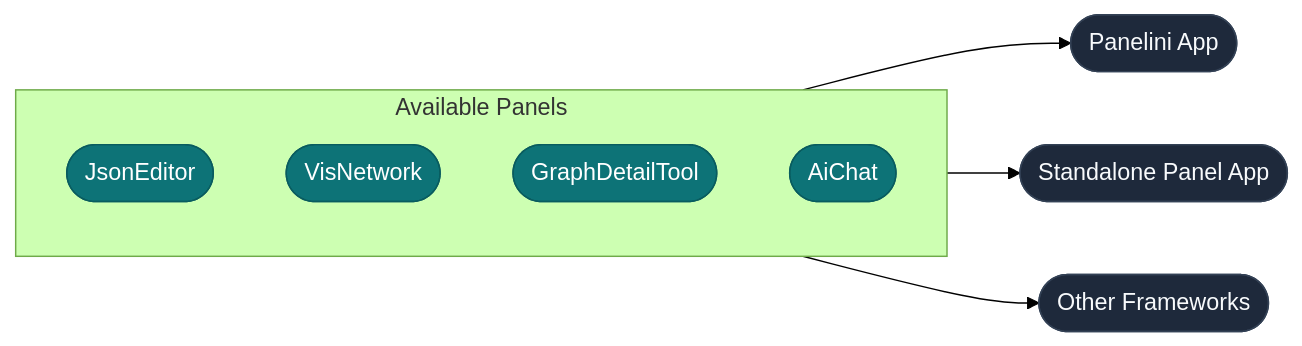
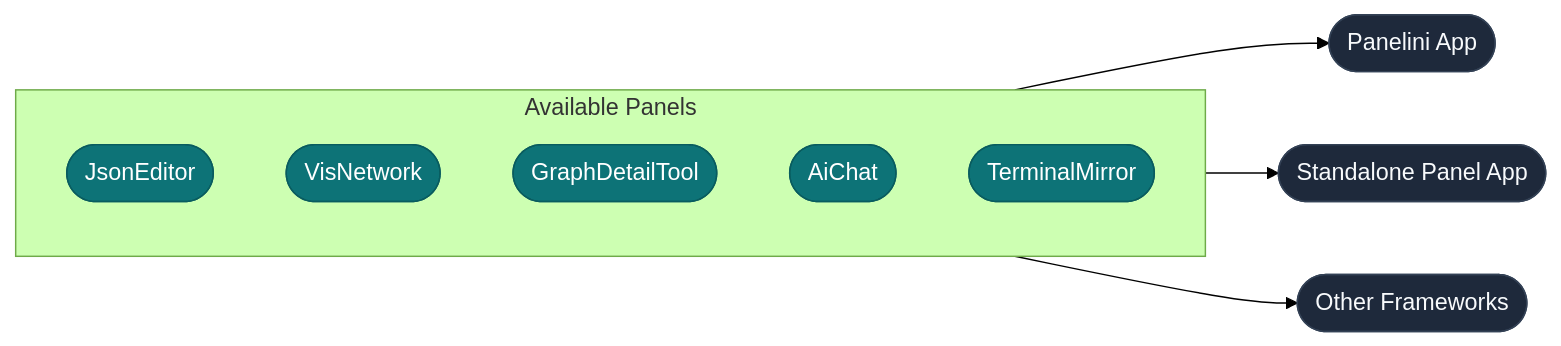
The diagram in docs/panels/index.md (opensemanticworld/panelini), drawn with Mermaid (forest theme) before and after one commit. The commit also changed other lines of this file and 17 other files, not shown here.

First line of the commit message:
feat: add TerminalMirror panel with auto collapse/expand wiring

````diff
--- a/docs/panels/index.md
+++ b/docs/panels/index.md
@@ -34,23 +40,24 @@
 ```{mermaid}
 graph LR
     subgraph panels [" Available Panels "]
         je(["JsonEditor"])
         vn(["VisNetwork"])
         gdt(["GraphDetailTool"])
         ai(["AiChat"])
+        tm(["TerminalMirror"])
     end
 
     panelini(["Panelini App"])
     standalone(["Standalone Panel App"])
     other(["Other Frameworks"])
 
     panels --> panelini
     panels --> standalone
     panels --> other
 
     classDef panelNode fill:#0d7377,stroke:#095c5f,color:#ffffff
     classDef targetNode fill:#1e293b,stroke:#334155,color:#f8fafc
 
-    class je,vn,gdt,ai panelNode
+    class je,vn,gdt,ai,tm panelNode
     class panelini,standalone,other targetNode
 ```
````
